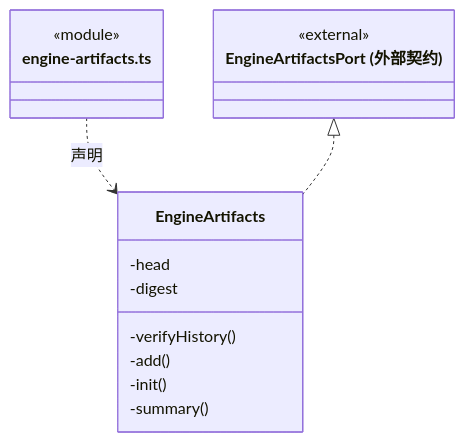
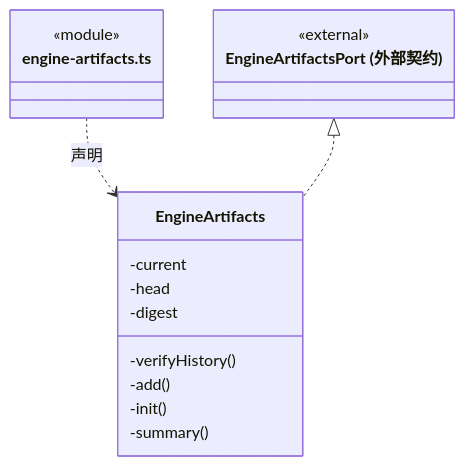
One commit to nan023062/cbim changed the fifth of 28 diagrams in src/logic/updates/service/ARCHITECTURE.md. Above: the diagram before and after it, drawn with Mermaid. The commit also changed other lines of this file and 139 other files, not shown here.

Commit message:
docs(architecture): add source reading paths and complete file inventories

````diff
--- a/src/logic/updates/service/ARCHITECTURE.md
+++ b/src/logic/updates/service/ARCHITECTURE.md
@@ -138,19 +143,20 @@
 ```mermaid
 classDiagram
 class N_src_logic_updates_service_engine_artifacts_ts["engine-artifacts.ts"] {
   <<module>>
 }
 class N_src_logic_updates_service_engine_artifacts_ts_EngineArtifacts["EngineArtifacts"] {
+  -current
   -head
   -digest
   -verifyHistory()
   -add()
   -init()
   -summary()
 }
 N_src_logic_updates_service_engine_artifacts_ts ..> N_src_logic_updates_service_engine_artifacts_ts_EngineArtifacts : 声明
 class N_src_logic_updates_service_engine_artifacts_ts_external_EngineArtifactsPort["EngineArtifactsPort (外部契约)"] {
   <<external>>
 }
 N_src_logic_updates_service_engine_artifacts_ts_external_EngineArtifactsPort <|.. N_src_logic_updates_service_engine_artifacts_ts_EngineArtifacts
 ```
````
